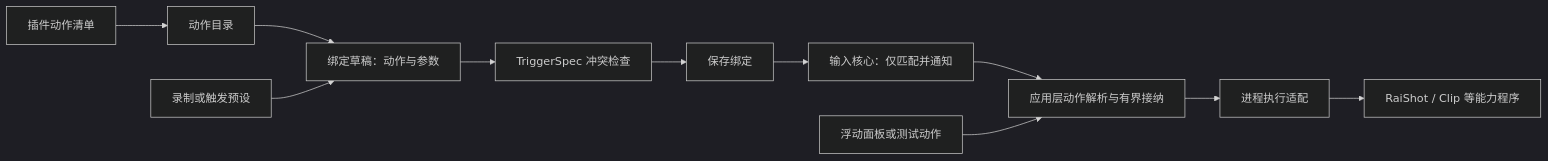
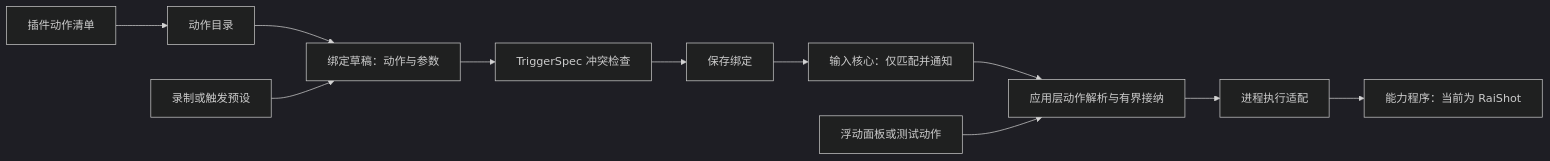
Before and after one commit to ceastld/omnitrigger: the diagram in docs/PLUGIN_SYSTEM.md, drawn with Mermaid (dark theme). The commit also changed other lines of this file and 92 other files, not shown here.

````diff
--- a/docs/PLUGIN_SYSTEM.md
+++ b/docs/PLUGIN_SYSTEM.md
@@ -22,13 +22,13 @@
 ```mermaid
 flowchart LR
     P[插件动作清单] --> C[动作目录]
     C --> B[绑定草稿：动作与参数]
     R[录制或触发预设] --> B
     B --> V[TriggerSpec 冲突检查]
     V --> S[保存绑定]
     S --> I[输入核心：仅匹配并通知]
     I --> D[应用层动作解析与有界接纳]
     F[浮动面板或测试动作] --> D
     D --> E[进程执行适配]
-    E --> T[RaiShot / Clip 等能力程序]
+    E --> T[能力程序：当前为 RaiShot]
 ```
````
